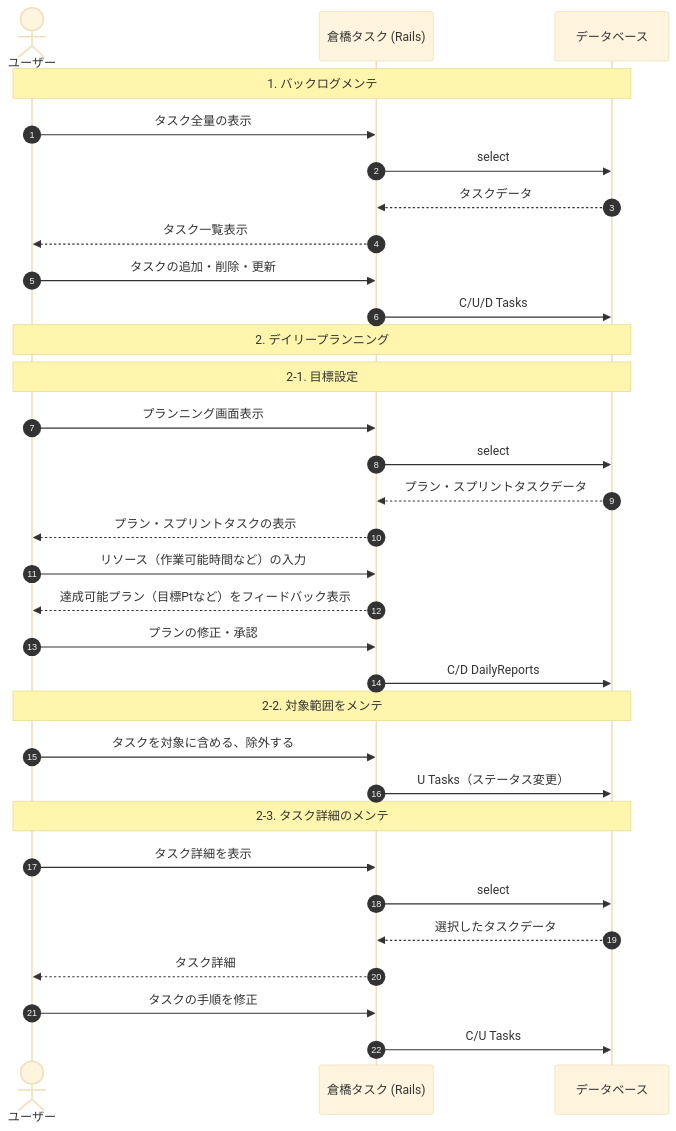
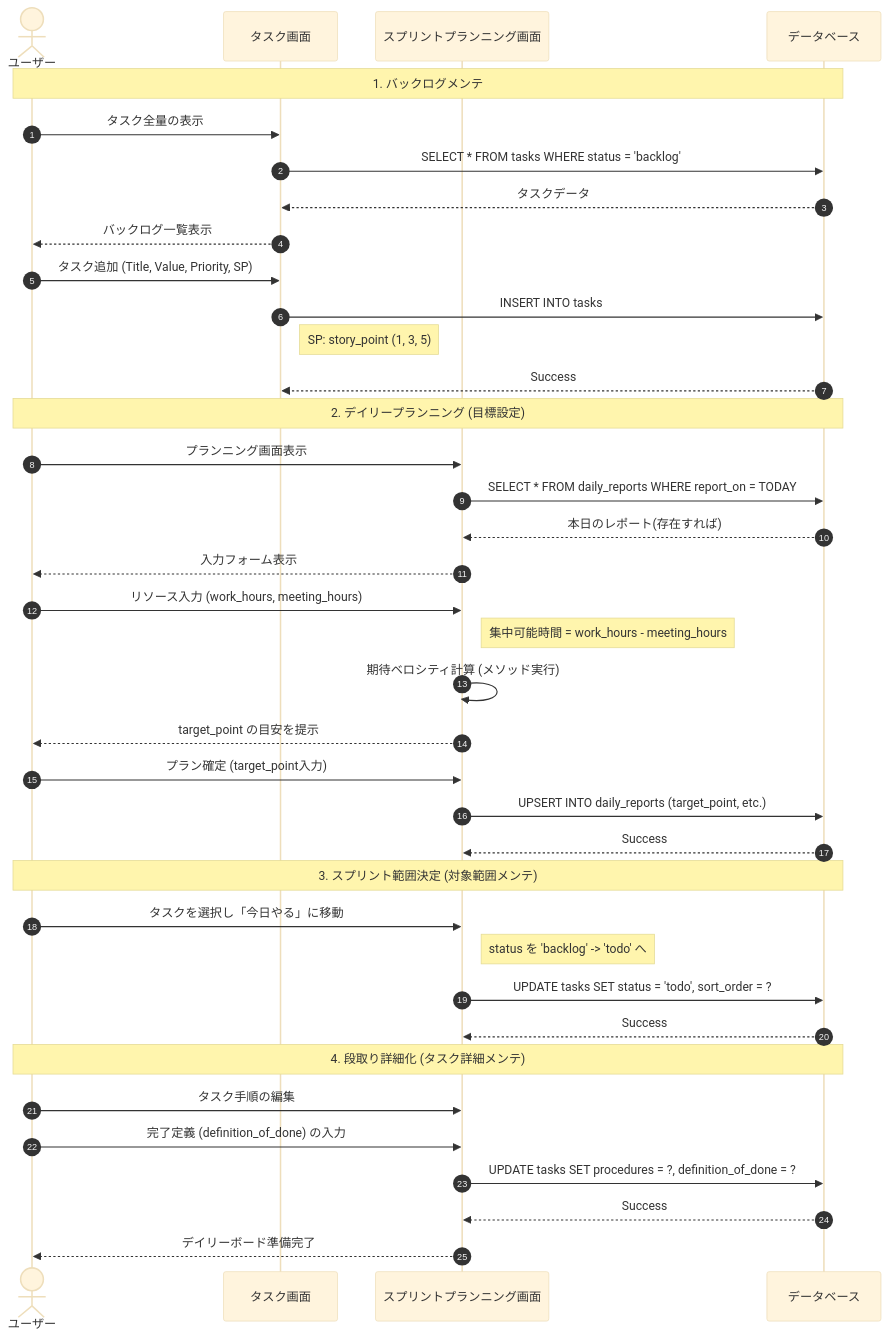
Before and after one commit to kurahashi-rx/kurahashi-task-v1: the diagram in docs/workflows/daily_scrum_scenario.md, drawn with Mermaid (base theme). The commit also changed other lines of this file, not shown here.

Commit message:
シナリオの内容修正

````diff
--- a/docs/workflows/daily_scrum_scenario.md
+++ b/docs/workflows/daily_scrum_scenario.md
@@ -9,41 +10,47 @@
 ```mermaid
 sequenceDiagram
     autonumber
     actor User as ユーザー
-    participant App as 倉橋タスク (Rails)
+    participant Task as タスク画面
+    participant Sprint as スプリントプランニング画面
     participant DB as データベース
 
     Note over User, DB: 1. バックログメンテ
-        User->>App: タスク全量の表示
-        App->>DB: select
-        DB-->>App: タスクデータ
-        App-->>User: タスク一覧表示
-        User->>App: タスクの追加・削除・更新
-        App->>DB: C/U/D Tasks
+        User->>Task: タスク全量の表示
+        Task->>DB: SELECT * FROM tasks WHERE status = 'backlog'
+        DB-->>Task: タスクデータ
+        Task-->>User: バックログ一覧表示
+        User->>Task: タスク追加 (Title, Value, Priority, SP)
+        Task->>DB: INSERT INTO tasks
+        Note right of Task: SP: story_point (1, 3, 5)
+        DB-->>Task: Success
 
-    Note over User, DB: 2. デイリープランニング
-        Note over User, DB: 2-1. 目標設定
-            User->>App: プランニング画面表示
-            App->>DB: select
-            DB-->>App: プラン・スプリントタスクデータ
-            App-->>User: プラン・スプリントタスクの表示
+    Note over User, DB: 2. デイリープランニング (目標設定)
+        User->>Sprint: プランニング画面表示
+        Sprint->>DB: SELECT * FROM daily_reports WHERE report_on = TODAY
+        DB-->>Sprint: 本日のレポート(存在すれば)
+        Sprint-->>User: 入力フォーム表示
 
-            User->>App: リソース（作業可能時間など）の入力
-            App-->>User: 達成可能プラン（目標Ptなど）をフィードバック表示
+        User->>Sprint: リソース入力 (work_hours, meeting_hours)
+        Note right of Sprint: 集中可能時間 = work_hours - meeting_hours
+        Sprint->>Sprint: 期待ベロシティ計算 (メソッド実行)
+        Sprint-->>User: target_point の目安を提示
 
-            User->>App: プランの修正・承認
-            App->>DB: C/D DailyReports
+        User->>Sprint: プラン確定 (target_point入力)
+        Sprint->>DB: UPSERT INTO daily_reports (target_point, etc.)
+        DB-->>Sprint: Success
 
-        Note over User, DB: 2-2. 対象範囲をメンテ
-            User->>App: タスクを対象に含める、除外する
-            App->>DB: U Tasks（ステータス変更）
+    Note over User, DB: 3. スプリント範囲決定 (対象範囲メンテ)
+        User->>Sprint: タスクを選択し「今日やる」に移動
+        Note right of Sprint: status を 'backlog' -> 'todo' へ
+        Sprint->>DB: UPDATE tasks SET status = 'todo', sort_order = ?
+        DB-->>Sprint: Success
 
-        Note over User, DB: 2-3. タスク詳細のメンテ
-            User->>App: タスク詳細を表示
-            App->>DB: select
-            DB-->>App: 選択したタスクデータ
-            App-->>User: タスク詳細
+    Note over User, DB: 4. 段取り詳細化 (タスク詳細メンテ)
+        User->>Sprint: タスク手順の編集
+        User->>Sprint: 完了定義 (definition_of_done) の入力
+        Sprint->>DB: UPDATE tasks SET procedures = ?, definition_of_done = ?
+        DB-->>Sprint: Success
+        Sprint-->>User: デイリーボード準備完了
 
-            User->>App: タスクの手順を修正
-            App->>DB: C/U Tasks
 ```
````
